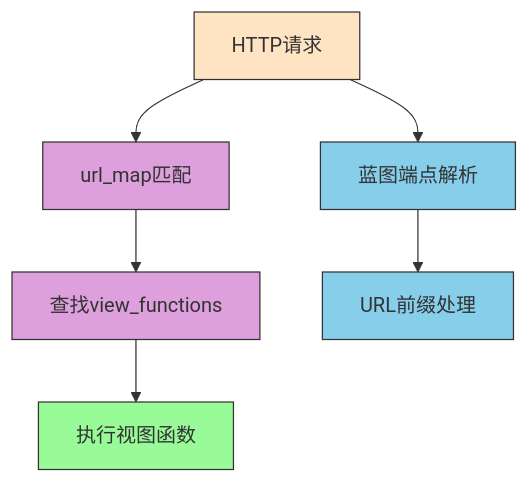
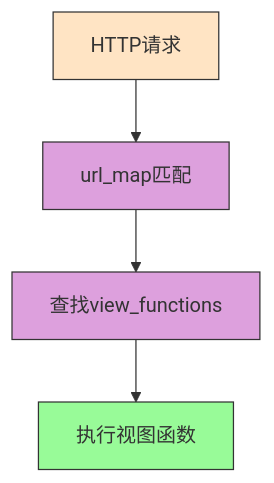
The fourth of 4 diagrams in docs/Python/Flask端点与蓝图详解.md (MuyuQ/MuyuQ.github.io), drawn with Mermaid before and after one commit. The commit also changed other lines of this file and 82 other files, not shown here.

````diff
--- a/docs/Python/Flask端点与蓝图详解.md
+++ b/docs/Python/Flask端点与蓝图详解.md
@@ -246,14 +233,10 @@
 ```mermaid
 graph TD
 A[HTTP请求] --> B[url_map匹配]
 B --> C[查找view_functions]
 C --> D[执行视图函数]
-A --> E[蓝图端点解析]
-E --> F[URL前缀处理]
 style A fill:#FFE4C4,stroke:#333
 style B fill:#DDA0DD,stroke:#333
 style C fill:#DDA0DD,stroke:#333
 style D fill:#98FB98,stroke:#333
-style E fill:#87CEEB,stroke:#333
-style F fill:#87CEEB,stroke:#333
 ```
````
